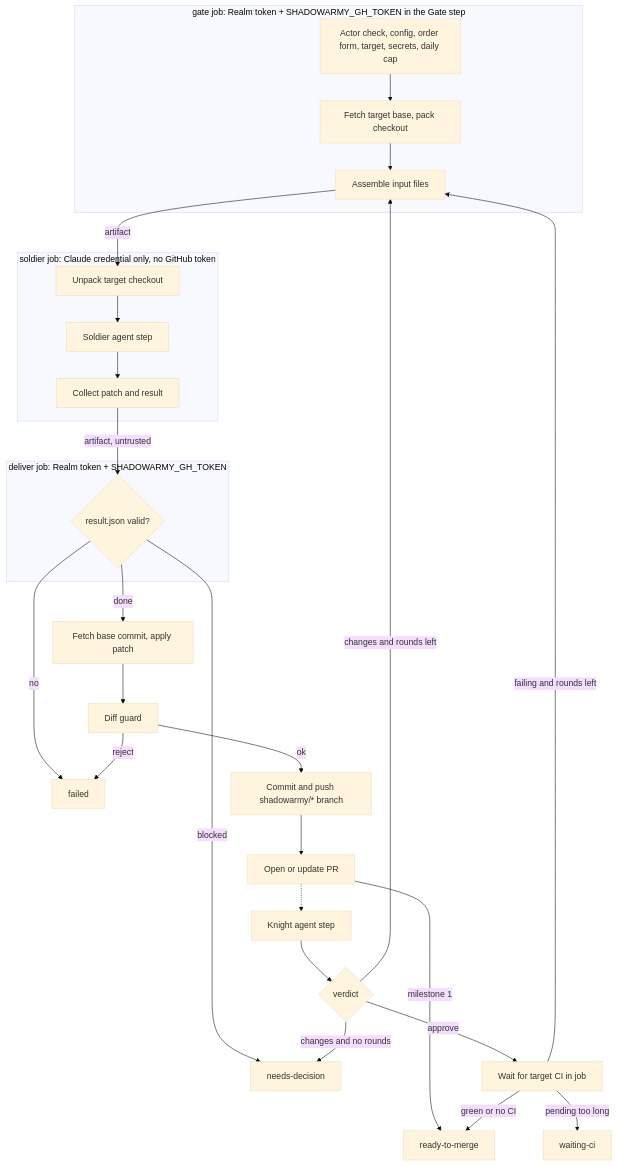
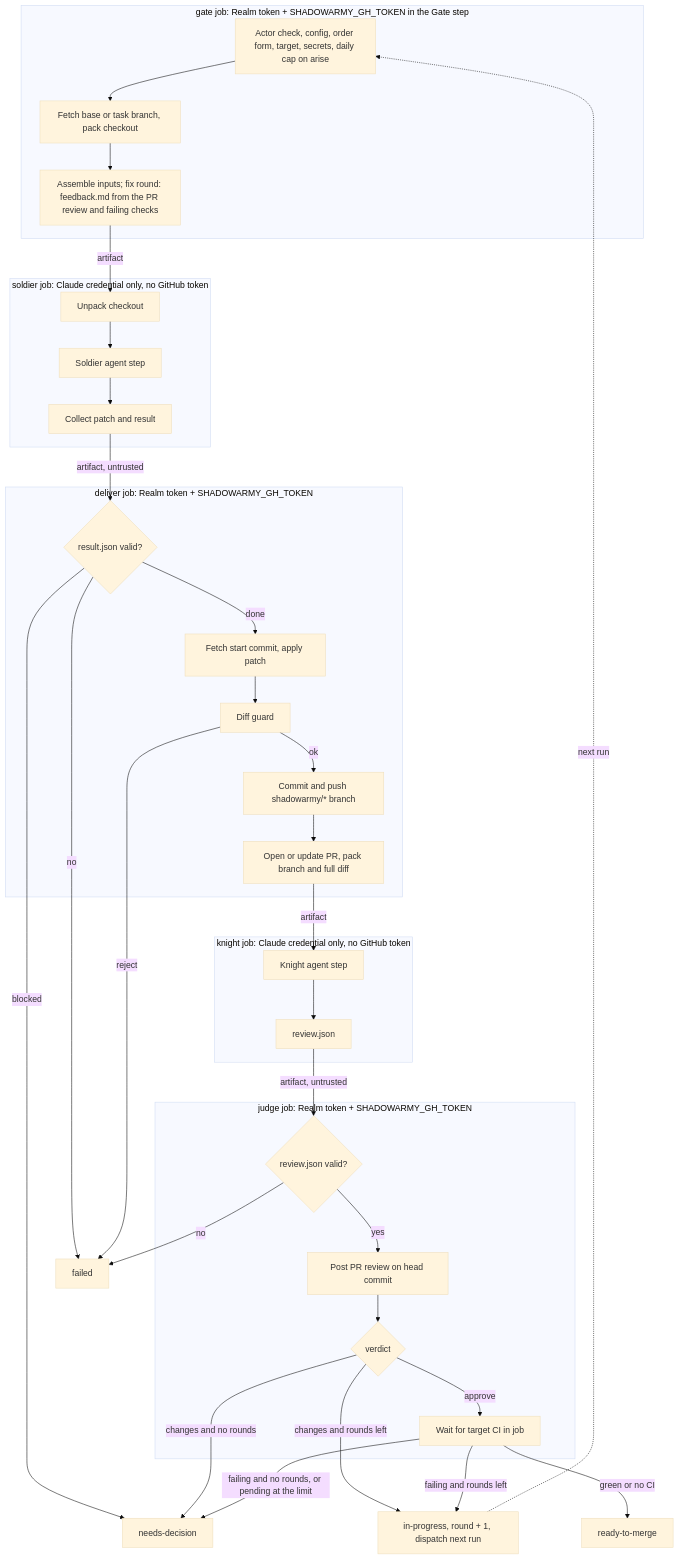
The second of 2 diagrams in functional-diagrams/architecture.md (Vrajesh-works/shadowarmy), drawn with Mermaid (base theme) before and after one commit. The commit also changed other lines of this file and 46 other files, not shown here.

````diff
--- a/functional-diagrams/architecture.md
+++ b/functional-diagrams/architecture.md
@@ -86,32 +86,40 @@
 ```mermaid
 flowchart TB
   subgraph gate[gate job: Realm token + SHADOWARMY_GH_TOKEN in the Gate step]
-    A[Actor check, config, order form, target, secrets, daily cap] --> T[Fetch target base, pack checkout]
-    T --> C[Assemble input files]
+    A[Actor check, config, order form, target, secrets, daily cap on arise] --> T[Fetch base or task branch, pack checkout]
+    T --> C[Assemble inputs; fix round: feedback.md from the PR review and failing checks]
   end
   subgraph soldier[soldier job: Claude credential only, no GitHub token]
-    B[Unpack target checkout] --> D[Soldier agent step]
+    B[Unpack checkout] --> D[Soldier agent step]
     D --> P[Collect patch and result]
   end
   subgraph deliver[deliver job: Realm token + SHADOWARMY_GH_TOKEN]
     E{result.json valid?}
+    R[Fetch start commit, apply patch] --> H[Diff guard]
+    H -- ok --> I[Commit and push shadowarmy/* branch]
+    I --> J[Open or update PR, pack branch and full diff]
+  end
+  subgraph knight[knight job: Claude credential only, no GitHub token]
+    K[Knight agent step] --> Q[review.json]
+  end
+  subgraph judge[judge job: Realm token + SHADOWARMY_GH_TOKEN]
+    V{review.json valid?} -- yes --> W[Post PR review on head commit]
+    W --> L{verdict}
+    L -- approve --> M[Wait for target CI in job]
   end
   C -- artifact --> B
   P -- artifact, untrusted --> E
   E -- no --> F[failed]
   E -- blocked --> G[needs-decision]
-  E -- done --> R[Fetch base commit, apply patch]
-  R --> H[Diff guard]
+  E -- done --> R
   H -- reject --> F
-  H -- ok --> I[Commit and push shadowarmy/* branch]
-  I --> J[Open or update PR]
-  J -- milestone 1 --> O
-  J -.-> K[Knight agent step]
-  K --> L{verdict}
-  L -- changes and rounds left --> C
+  J -- artifact --> K
+  Q -- artifact, untrusted --> V
+  V -- no --> F
+  L -- changes and rounds left --> X[in-progress, round + 1, dispatch next run]
   L -- changes and no rounds --> G
-  L -- approve --> M[Wait for target CI in job]
-  M -- failing and rounds left --> C
-  M -- pending too long --> N[waiting-ci]
+  M -- failing and rounds left --> X
+  M -- failing and no rounds, or pending at the limit --> G
   M -- green or no CI --> O[ready-to-merge]
+  X -. next run .-> A
 ```
````
